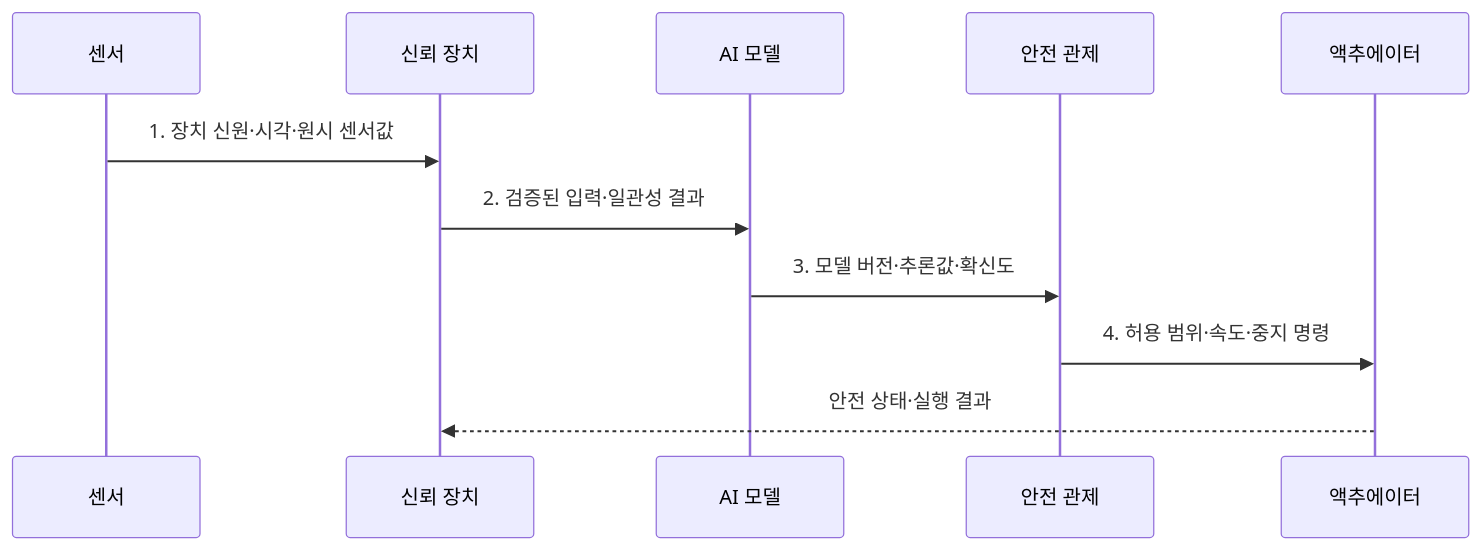
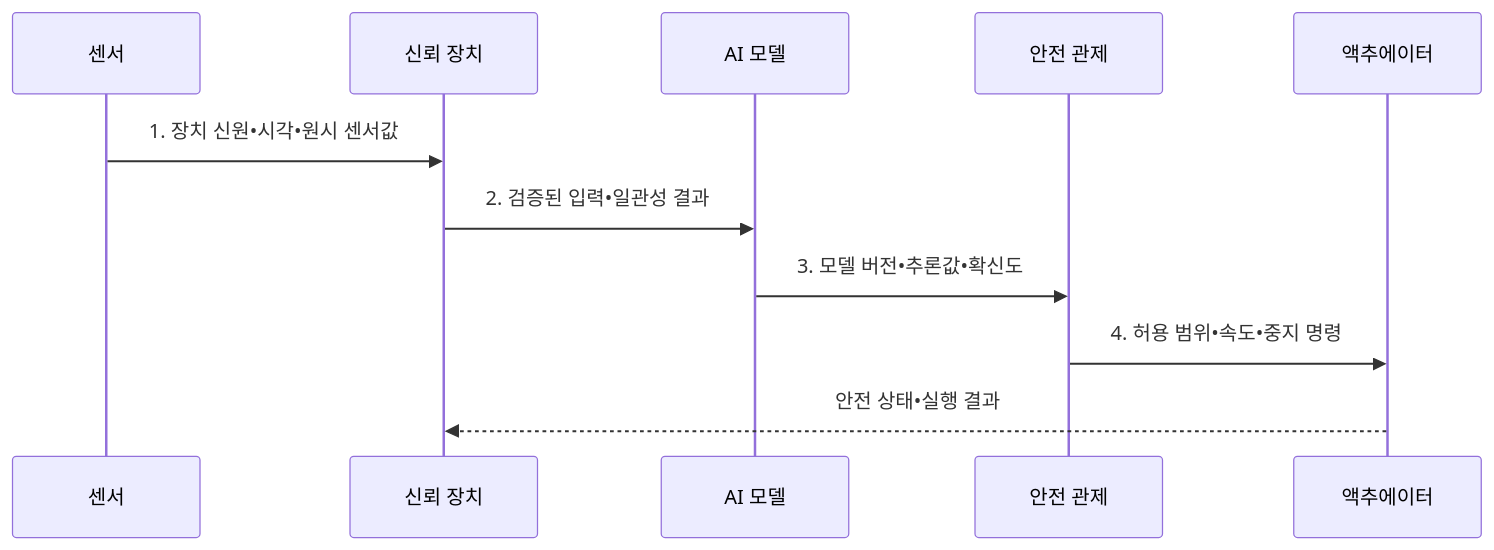
Before and after one commit to agnusdei1207/knowledge-base: the second of 2 diagrams in src/content/docs/notes/05-security/132_aiot_security.md, drawn with Mermaid. The commit also changed other lines of this file and 953 other files, not shown here.

````diff
--- a/src/content/docs/notes/05-security/132_aiot_security.md
+++ b/src/content/docs/notes/05-security/132_aiot_security.md
@@ -100,13 +100,13 @@
 ```mermaid
 sequenceDiagram
   participant S as 센서
   participant D as 신뢰 장치
   participant M as AI 모델
   participant G as 안전 관제
   participant A as 액추에이터
-  S->>D: 1. 장치 신원·시각·원시 센서값
-  D->>M: 2. 검증된 입력·일관성 결과
-  M->>G: 3. 모델 버전·추론값·확신도
-  G->>A: 4. 허용 범위·속도·중지 명령
-  A-->>D: 안전 상태·실행 결과
+  S->>D: 1. 장치 신원•시각•원시 센서값
+  D->>M: 2. 검증된 입력•일관성 결과
+  M->>G: 3. 모델 버전•추론값•확신도
+  G->>A: 4. 허용 범위•속도•중지 명령
+  A-->>D: 안전 상태•실행 결과
 ```
````
